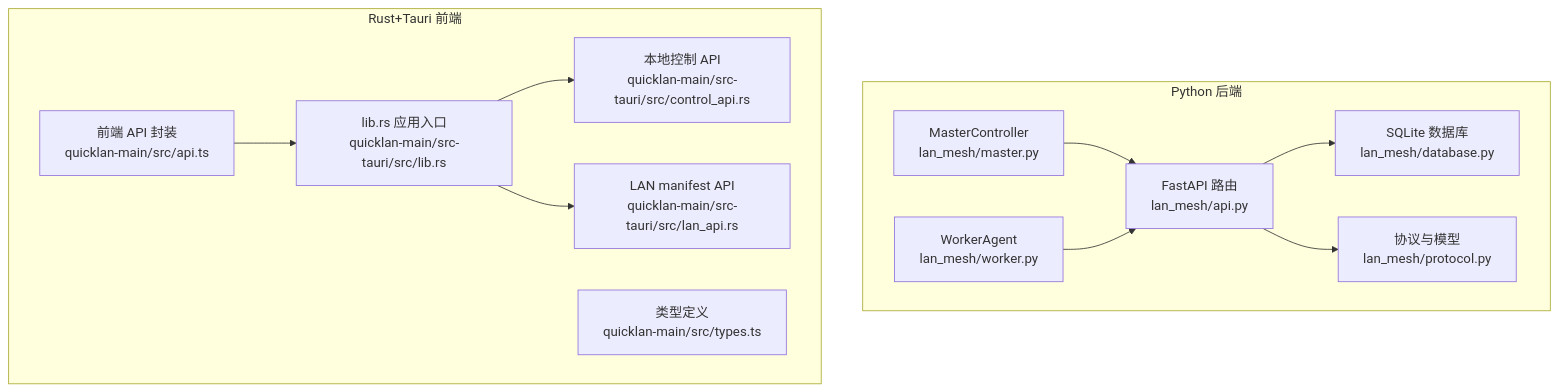
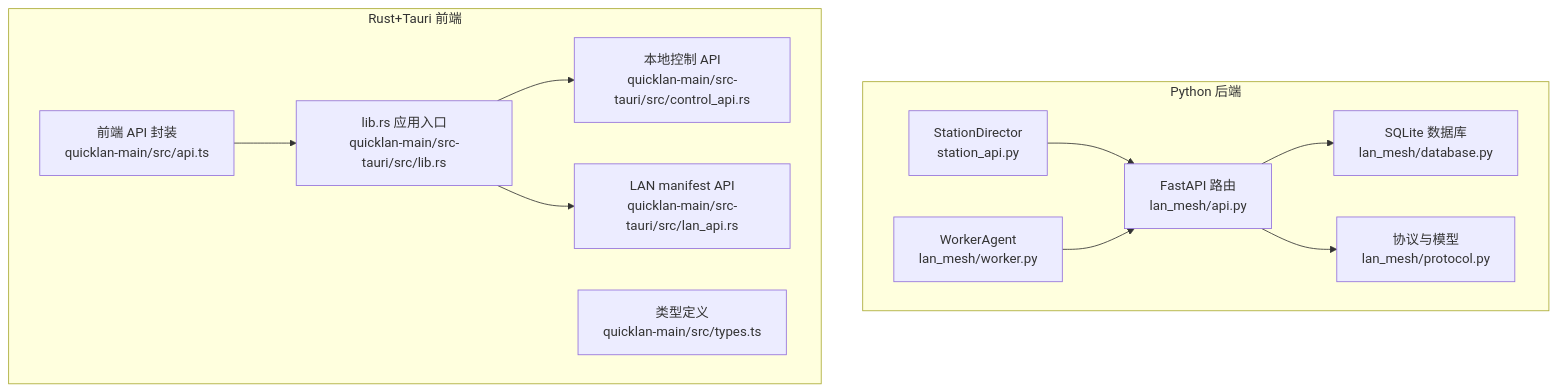
Before and after one commit to targalian/Personal-distributed-workstation: the first of 5 diagrams in .qoder/repowiki/zh/content/API 参考手册/API 参考手册.md, drawn with Mermaid. The commit also changed other lines of this file and 63 other files, not shown here.

Commit message:
docs(station): 同步 repo wiki 至 station_controller/station_api 架构

````diff
--- a/.qoder/repowiki/zh/content/API 参考手册/API 参考手册.md
+++ b/.qoder/repowiki/zh/content/API 参考手册/API 参考手册.md
@@ -47,24 +47,24 @@
 ```mermaid
 graph TB
 subgraph "Python 后端"
-M["MasterController<br/>lan_mesh/master.py"]
+M["StationDirector<br/>station_api.py"]
 W["WorkerAgent<br/>lan_mesh/worker.py"]
 API["FastAPI 路由<br/>lan_mesh/api.py"]
 DB["SQLite 数据库<br/>lan_mesh/database.py"]
 Proto["协议与模型<br/>lan_mesh/protocol.py"]
 end
 subgraph "Rust+Tauri 前端"
 RL["lib.rs 应用入口<br/>quicklan-main/src-tauri/src/lib.rs"]
 CA["本地控制 API<br/>quicklan-main/src-tauri/src/control_api.rs"]
 LA["LAN manifest API<br/>quicklan-main/src-tauri/src/lan_api.rs"]
 TSAPI["前端 API 封装<br/>quicklan-main/src/api.ts"]
 Types["类型定义<br/>quicklan-main/src/types.ts"]
 end
 M --> API
 W --> API
 API --> DB
 API --> Proto
 RL --> CA
 RL --> LA
 TSAPI --> RL
 ```
````
